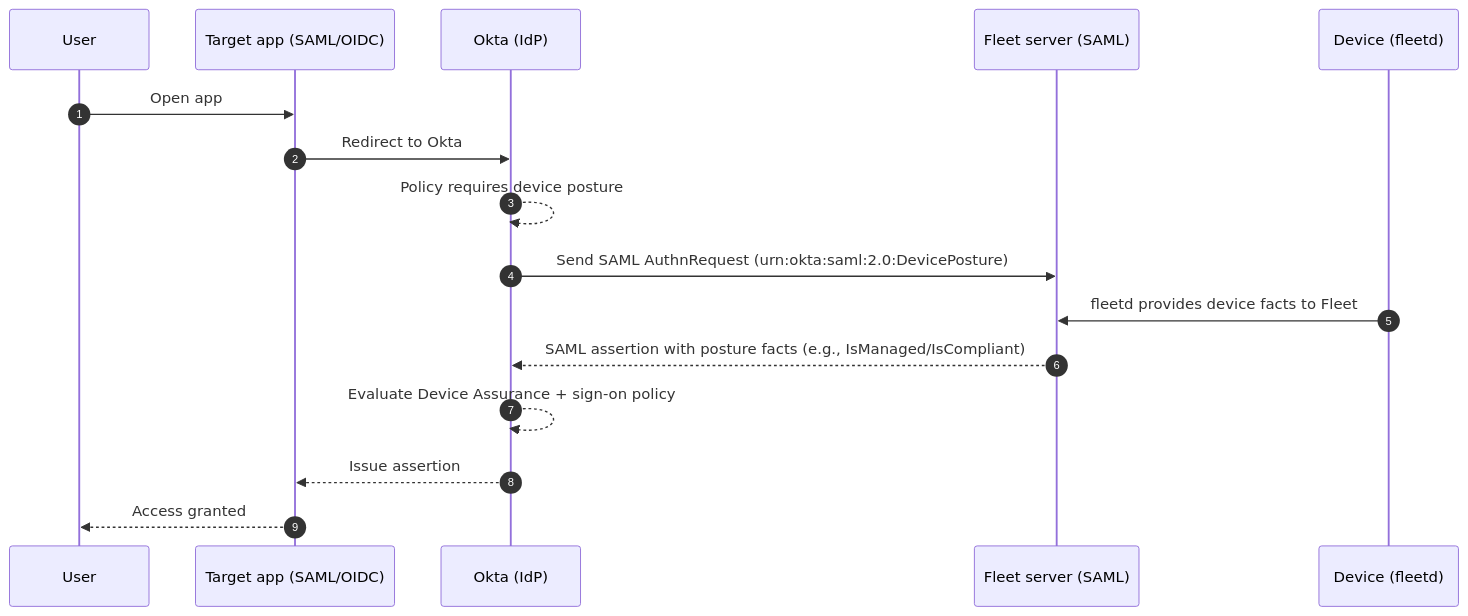
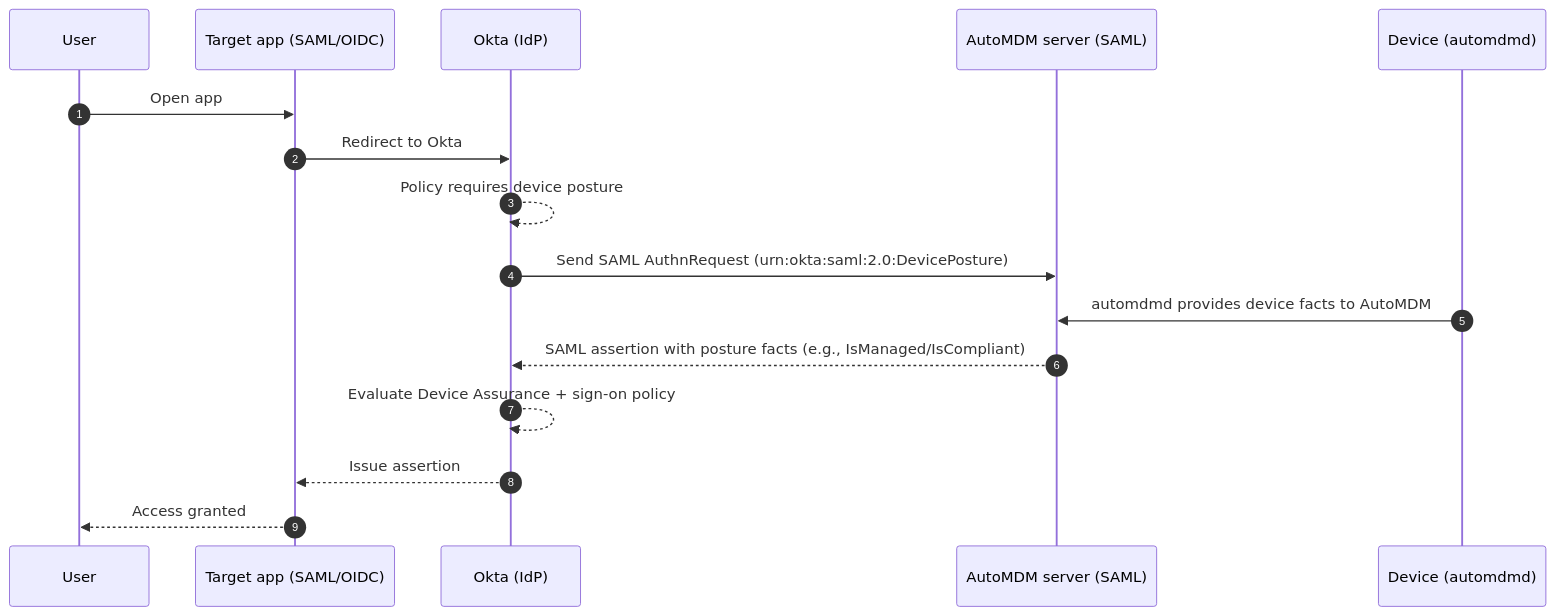
Before and after one commit to anilyagiz/AutoMDM: the fourth of 4 diagrams in docs/Contributing/authentication/okta-conditional-access.md, drawn with Mermaid. The commit also changed other lines of this file and 7979 other files, not shown here.

First line of the commit message:
Rebrand Fleet as AutoMDM (mechanical pass)

````diff
--- a/docs/Contributing/authentication/okta-conditional-access.md
+++ b/docs/Contributing/authentication/okta-conditional-access.md
@@ -204,19 +204,19 @@
 ```mermaid
 sequenceDiagram
   autonumber
   participant U as User
   participant A as Target app (SAML/OIDC)
   participant O as Okta (IdP)
-  participant P as Fleet server (SAML)
-  participant D as Device (fleetd)
+  participant P as AutoMDM server (SAML)
+  participant D as Device (automdmd)
 
   U->>A: Open app
   A->>O: Redirect to Okta
   O-->>O: Policy requires device posture
   O->>P: Send SAML AuthnRequest (urn:okta:saml:2.0:DevicePosture)
-  D->>P: fleetd provides device facts to Fleet
+  D->>P: automdmd provides device facts to AutoMDM
   P-->>O: SAML assertion with posture facts (e.g., IsManaged/IsCompliant)
   O-->>O: Evaluate Device Assurance + sign-on policy
   O-->>A: Issue assertion
   A-->>U: Access granted
 ```
````
